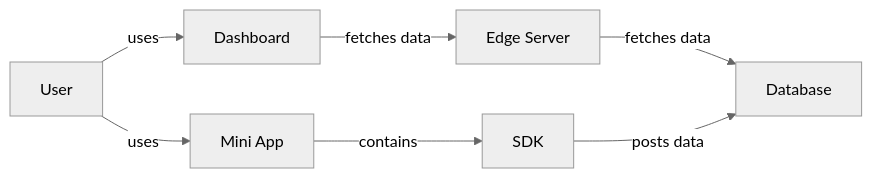
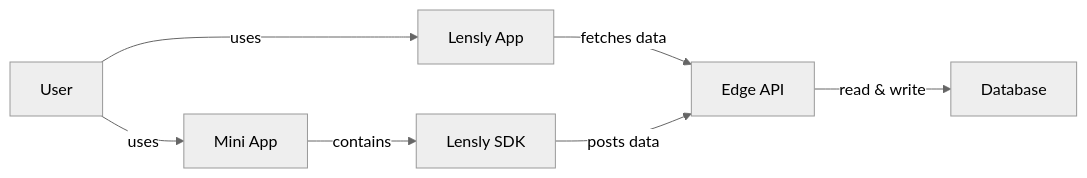
Before and after one commit to dragmakex/lensly: the first of 2 diagrams in docs/engineering.md, drawn with Mermaid (neutral theme). The commit also changed other lines of this file and 3 other files, not shown here.

````diff
--- a/docs/engineering.md
+++ b/docs/engineering.md
@@ -13,17 +13,16 @@
 ```mermaid
 flowchart LR
-Dashboard[Dashboard]
-EdgeServer[Edge Server]
+LenslyApp[Lensly App]
+EdgeAPI[Edge API]
 Database[Database]
 MiniApp[Mini App]
-SDK[SDK]
+LenslySDK[Lensly SDK]
 User[User]
 
-User --"uses"--> Dashboard
-Dashboard --"fetches data"--> EdgeServer
-EdgeServer --"fetches data"--> Database
-
+User --"uses"--> LenslyApp
+LenslyApp --"fetches data"--> EdgeAPI
+EdgeAPI --"read & write"--> Database
 User --"uses"--> MiniApp
-MiniApp --"contains"--> SDK
-SDK --"posts data"-->Database
+MiniApp --"contains"--> LenslySDK
+LenslySDK --"posts data"-->EdgeAPI
 ```
````
